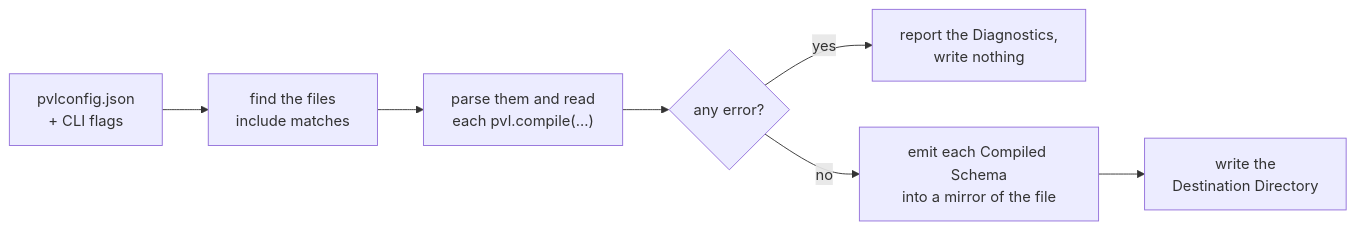
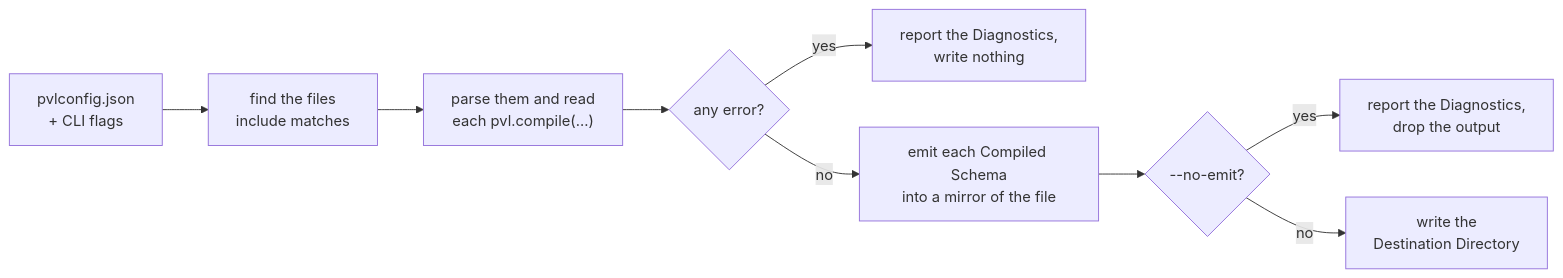
The first of 5 diagrams in docs/wiki/Compiler-Build-Pipeline.md (Ota-Prokopec/pvl), drawn with Mermaid before and after one commit. The commit also changed other lines of this file and 11 other files, not shown here.

````diff
--- a/docs/wiki/Compiler-Build-Pipeline.md
+++ b/docs/wiki/Compiler-Build-Pipeline.md
@@ -9,9 +9,11 @@
 ```mermaid
 flowchart LR
     CFG["pvlconfig.json<br/>+ CLI flags"] --> SCAN["find the files<br/>include matches"]
     SCAN --> READ["parse them and read<br/>each pvl.compile(...)"]
     READ --> CHECK{"any error?"}
     CHECK -- yes --> STOP["report the Diagnostics,<br/>write nothing"]
     CHECK -- no --> EMIT["emit each Compiled Schema<br/>into a mirror of the file"]
-    EMIT --> WRITE["write the<br/>Destination Directory"]
+    EMIT --> NOEMIT{"--no-emit?"}
+    NOEMIT -- yes --> DROP["report the Diagnostics,<br/>drop the output"]
+    NOEMIT -- no --> WRITE["write the<br/>Destination Directory"]
 ```
````
